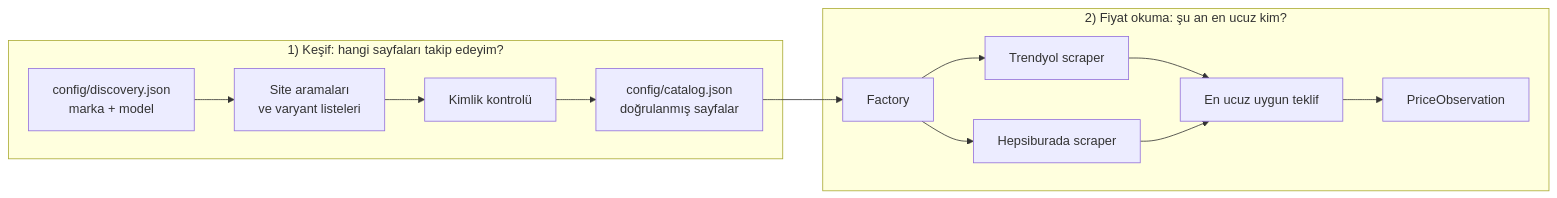
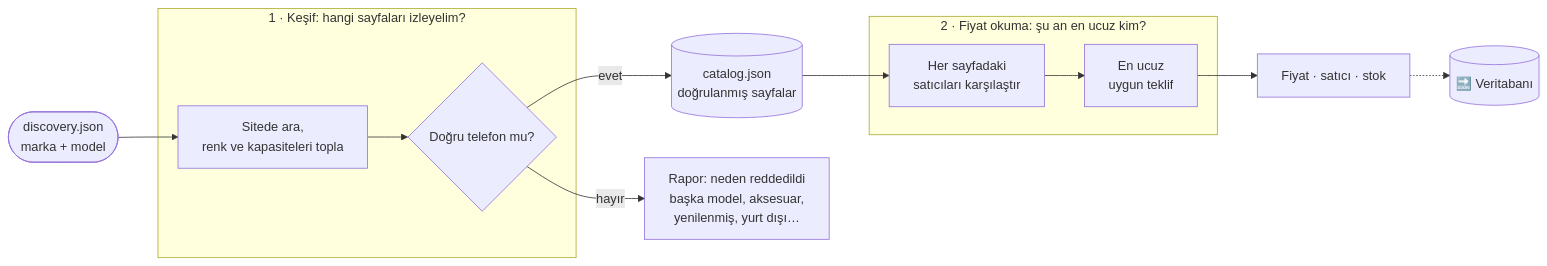
The second of 4 diagrams in README.md (Emir-Ars/Urun-indirim-takip), drawn with Mermaid before and after one commit. The commit also changed other lines of this file and 18 other files, not shown here.

````diff
--- a/README.md
+++ b/README.md
@@ -49,16 +35,15 @@
 ```mermaid
 flowchart LR
-    subgraph Kesif["1) Keşif: hangi sayfaları takip edeyim?"]
-        M[config/discovery.json<br/>marka + model] --> A[Site aramaları<br/>ve varyant listeleri]
-        A --> K[Kimlik kontrolü]
-        K --> C[config/catalog.json<br/>doğrulanmış sayfalar]
+    U(["discovery.json<br/>marka + model"]) --> K
+    subgraph S1["1 · Keşif: hangi sayfaları izleyelim?"]
+        K["Sitede ara,<br/>renk ve kapasiteleri topla"] --> V{"Doğru telefon mu?"}
     end
-    subgraph Fiyat["2) Fiyat okuma: şu an en ucuz kim?"]
-        C --> F[Factory]
-        F --> T[Trendyol scraper]
-        F --> H[Hepsiburada scraper]
-        T --> S[En ucuz uygun teklif]
-        H --> S
-        S --> P[PriceObservation]
+    V -- evet --> C[("catalog.json<br/>doğrulanmış sayfalar")]
+    V -- "hayır" --> R["Rapor: neden reddedildi<br/>başka model, aksesuar,<br/>yenilenmiş, yurt dışı…"]
+    C --> P
+    subgraph S2["2 · Fiyat okuma: şu an en ucuz kim?"]
+        P["Her sayfadaki<br/>satıcıları karşılaştır"] --> E["En ucuz<br/>uygun teklif"]
     end
+    E --> O["Fiyat · satıcı · stok"]
+    O -.-> DB[("🔜 Veritabanı")]
 ```
````
